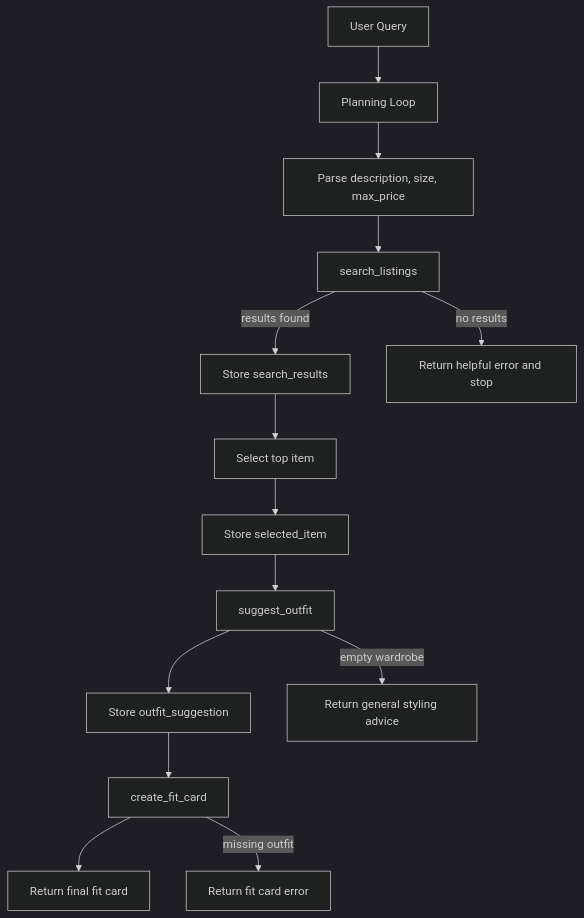
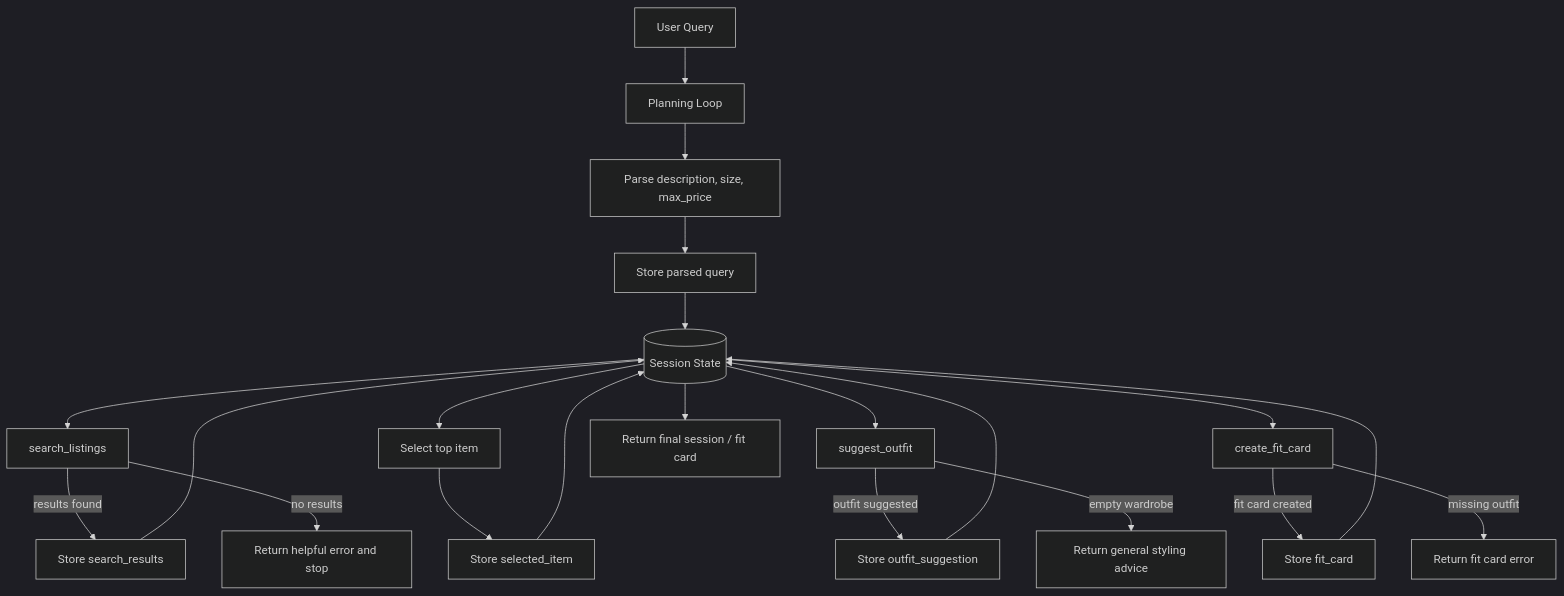
One commit to thanh-cnguyen/ai201-project2-fitfindr-starter changed the diagram in planning.md. Above: the diagram before and after it, drawn with Mermaid (dark theme). The commit also changed other lines of this file, not shown here.

Commit message:
Complete FitFindr planning spec

````diff
--- a/planning.md
+++ b/planning.md
@@ -162,17 +164,28 @@
 ```mermaid
 flowchart TD
     A[User Query] --> B[Planning Loop]
     B --> C[Parse description, size, max_price]
-    C --> D[search_listings]
-    D -->|results found| E[Store search_results]
-    E --> F[Select top item]
+    C --> P[Store parsed query]
+    P --> S[(Session State)]
+    
+    S --> D[search_listings]
+    D --> |results found| E[Store search_results]
+    E --> S
+    
+    S --> F[Select top item]
     F --> G[Store selected_item]
-    G --> H[suggest_outfit]
-    H --> I[Store outfit_suggestion]
-    I --> J[create_fit_card]
-    J --> K[Return final fit card]
+    G --> S
+
+    S --> H[suggest_outfit]
+    H --> |outfit suggested| I[Store outfit_suggestion]
+    I --> S
+
+    S --> J[create_fit_card]
+    J --> |fit card created| K[Store fit_card]
+    K --> S
+    S --> R[Return final session / fit card]
 
     D -->|no results| L[Return helpful error and stop]
     H -->|empty wardrobe| M[Return general styling advice]
     J -->|missing outfit| N[Return fit card error]
 ```
````
